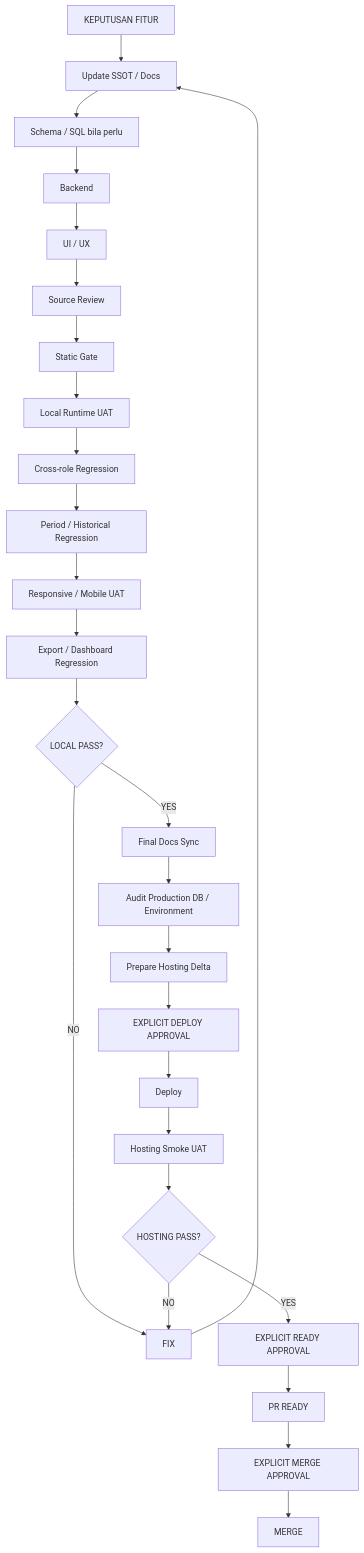
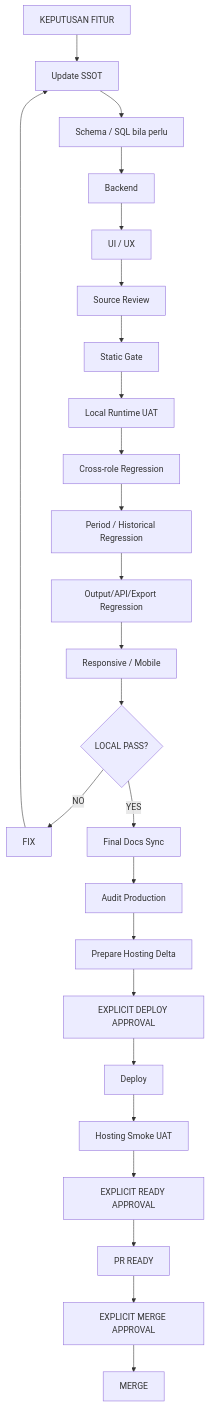
Before and after one commit to Al-Faroz/sisfour_dev_v2: diagram 12 of 13 in docs/00A_GLOBAL_STANDARD_SISFOUR.md, drawn with Mermaid. The commit also changed other lines of this file, not shown here.

````diff
--- a/docs/00A_GLOBAL_STANDARD_SISFOUR.md
+++ b/docs/00A_GLOBAL_STANDARD_SISFOUR.md
@@ -750,34 +475,29 @@
 ```mermaid
 flowchart TD
-    A["KEPUTUSAN FITUR"] --> B["Update SSOT / Docs"]
+    A["KEPUTUSAN FITUR"] --> B["Update SSOT"]
     B --> C["Schema / SQL bila perlu"]
     C --> D["Backend"]
     D --> E["UI / UX"]
     E --> F["Source Review"]
-
     F --> G["Static Gate"]
     G --> H["Local Runtime UAT"]
     H --> I["Cross-role Regression"]
     I --> J["Period / Historical Regression"]
-    J --> K["Responsive / Mobile UAT"]
-    K --> L["Export / Dashboard Regression"]
+    J --> K["Output/API/Export Regression"]
+    K --> L["Responsive / Mobile"]
+    L --> M{"LOCAL PASS?"}
 
-    L --> M{"LOCAL PASS?"}
     M -- "NO" --> N["FIX"]
     N --> B
 
     M -- "YES" --> O["Final Docs Sync"]
-    O --> P["Audit Production DB / Environment"]
+    O --> P["Audit Production"]
     P --> Q["Prepare Hosting Delta"]
     Q --> R["EXPLICIT DEPLOY APPROVAL"]
-
     R --> S["Deploy"]
     S --> T["Hosting Smoke UAT"]
-    T --> U{"HOSTING PASS?"}
-
-    U -- "NO" --> N
-    U -- "YES" --> V["EXPLICIT READY APPROVAL"]
-    V --> W["PR READY"]
-    W --> X["EXPLICIT MERGE APPROVAL"]
-    X --> Y["MERGE"]
+    T --> U["EXPLICIT READY APPROVAL"]
+    U --> V["PR READY"]
+    V --> W["EXPLICIT MERGE APPROVAL"]
+    W --> X["MERGE"]
 ```
````
